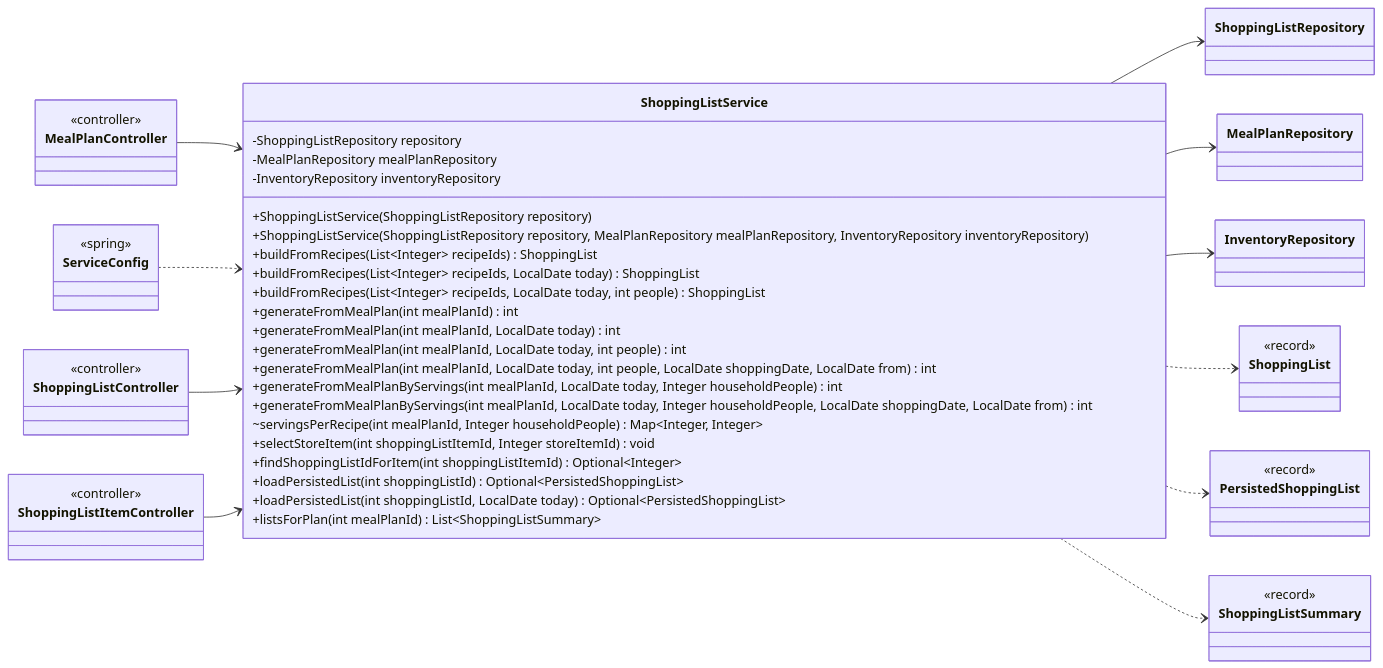
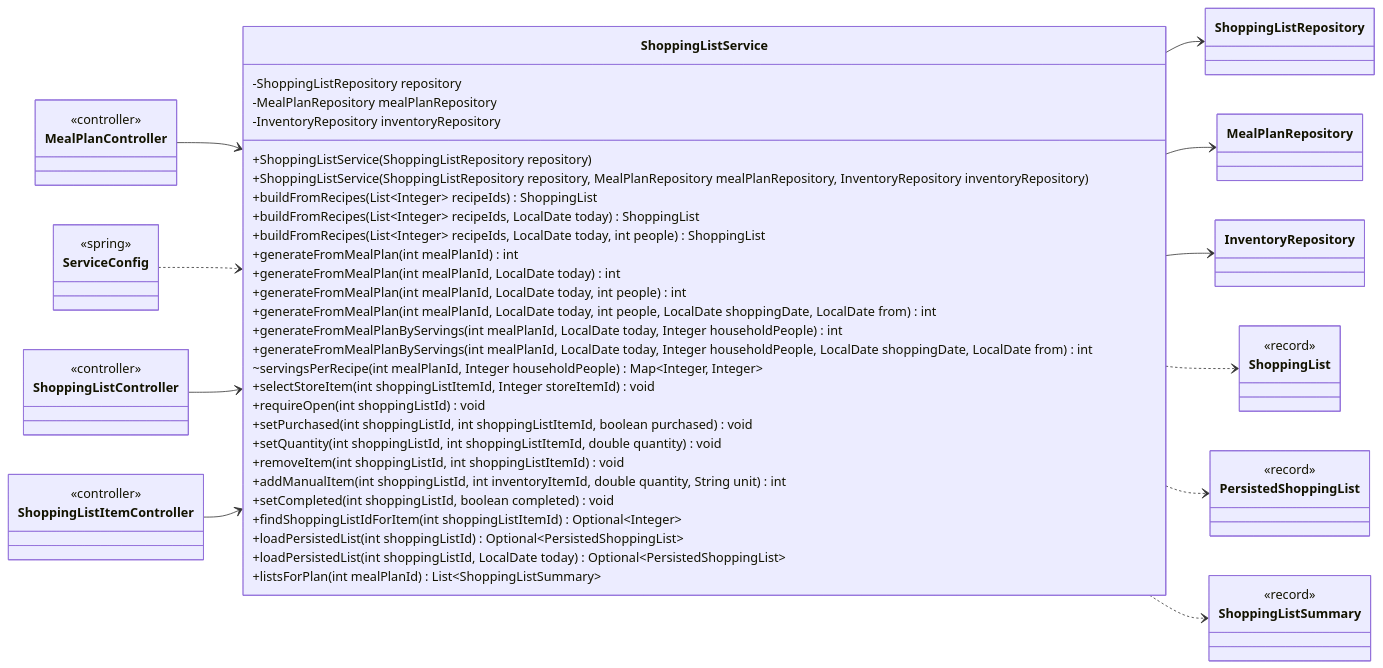
Before and after one commit to Nate-ryan-7690/dahaem: diagram 11 of 16 in docs/classes/shopping.md, drawn with Mermaid. The commit also changed other lines of this file and 4 other files, not shown here.

````diff
--- a/docs/classes/shopping.md
+++ b/docs/classes/shopping.md
@@ -484,60 +529,66 @@
 ```mermaid
 classDiagram
     direction LR
     class shopping_ShoppingListService["ShoppingListService"] {
         -ShoppingListRepository repository
         -MealPlanRepository mealPlanRepository
         -InventoryRepository inventoryRepository
         +ShoppingListService(ShoppingListRepository repository)
         +ShoppingListService(ShoppingListRepository repository, MealPlanRepository mealPlanRepository, InventoryRepository inventoryRepository)
         +buildFromRecipes(List~Integer~ recipeIds) ShoppingList
         +buildFromRecipes(List~Integer~ recipeIds, LocalDate today) ShoppingList
         +buildFromRecipes(List~Integer~ recipeIds, LocalDate today, int people) ShoppingList
         +generateFromMealPlan(int mealPlanId) int
         +generateFromMealPlan(int mealPlanId, LocalDate today) int
         +generateFromMealPlan(int mealPlanId, LocalDate today, int people) int
         +generateFromMealPlan(int mealPlanId, LocalDate today, int people, LocalDate shoppingDate, LocalDate from) int
         +generateFromMealPlanByServings(int mealPlanId, LocalDate today, Integer householdPeople) int
         +generateFromMealPlanByServings(int mealPlanId, LocalDate today, Integer householdPeople, LocalDate shoppingDate, LocalDate from) int
         ~servingsPerRecipe(int mealPlanId, Integer householdPeople) Map~Integer, Integer~
         +selectStoreItem(int shoppingListItemId, Integer storeItemId) void
+        +requireOpen(int shoppingListId) void
+        +setPurchased(int shoppingListId, int shoppingListItemId, boolean purchased) void
+        +setQuantity(int shoppingListId, int shoppingListItemId, double quantity) void
+        +removeItem(int shoppingListId, int shoppingListItemId) void
+        +addManualItem(int shoppingListId, int inventoryItemId, double quantity, String unit) int
+        +setCompleted(int shoppingListId, boolean completed) void
         +findShoppingListIdForItem(int shoppingListItemId) Optional~Integer~
         +loadPersistedList(int shoppingListId) Optional~PersistedShoppingList~
         +loadPersistedList(int shoppingListId, LocalDate today) Optional~PersistedShoppingList~
         +listsForPlan(int mealPlanId) List~ShoppingListSummary~
     }
     class shopping_ShoppingListRepository["ShoppingListRepository"]
     class mealplanner_MealPlanRepository["MealPlanRepository"]
     class inventory_InventoryRepository["InventoryRepository"]
     class api_MealPlanController["MealPlanController"] {
         <<controller>>
     }
     class api_ShoppingListController["ShoppingListController"] {
         <<controller>>
     }
     class api_ShoppingListItemController["ShoppingListItemController"] {
         <<controller>>
     }
     class shopping_ShoppingList["ShoppingList"] {
         <<record>>
     }
     class shopping_PersistedShoppingList["PersistedShoppingList"] {
         <<record>>
     }
     class shopping_ShoppingListSummary["ShoppingListSummary"] {
         <<record>>
     }
     class api_ServiceConfig["ServiceConfig"] {
         <<spring>>
     }
     shopping_ShoppingListService --> shopping_ShoppingListRepository
     shopping_ShoppingListService --> mealplanner_MealPlanRepository
     shopping_ShoppingListService --> inventory_InventoryRepository
     shopping_ShoppingListService ..> shopping_ShoppingList
     shopping_ShoppingListService ..> shopping_PersistedShoppingList
     shopping_ShoppingListService ..> shopping_ShoppingListSummary
     api_MealPlanController --> shopping_ShoppingListService
     api_ServiceConfig ..> shopping_ShoppingListService
     api_ShoppingListController --> shopping_ShoppingListService
     api_ShoppingListItemController --> shopping_ShoppingListService
 ```
````
